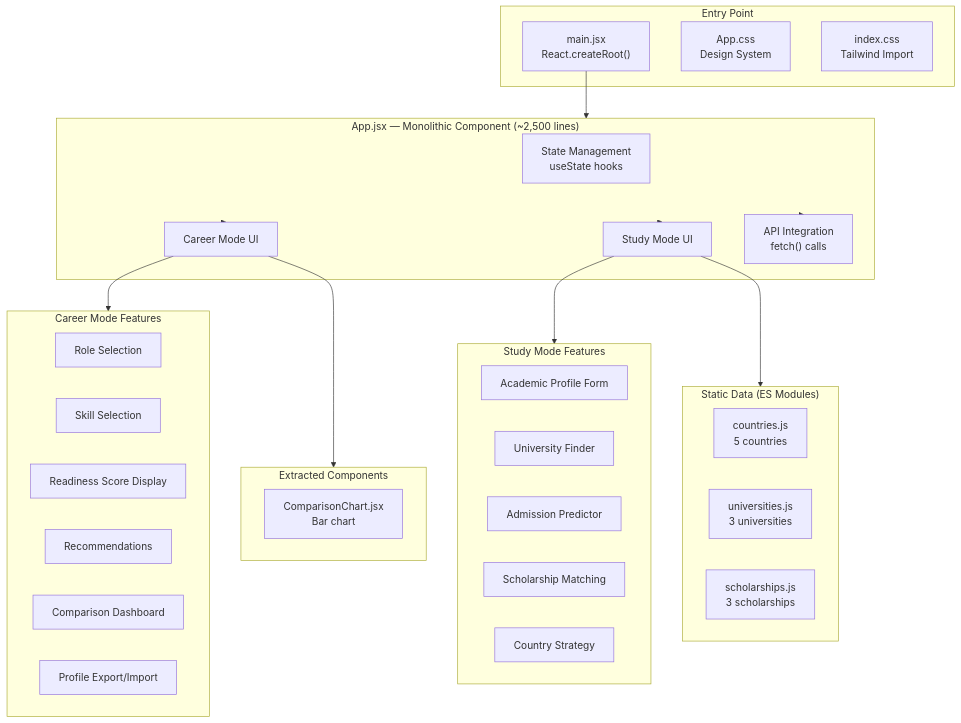
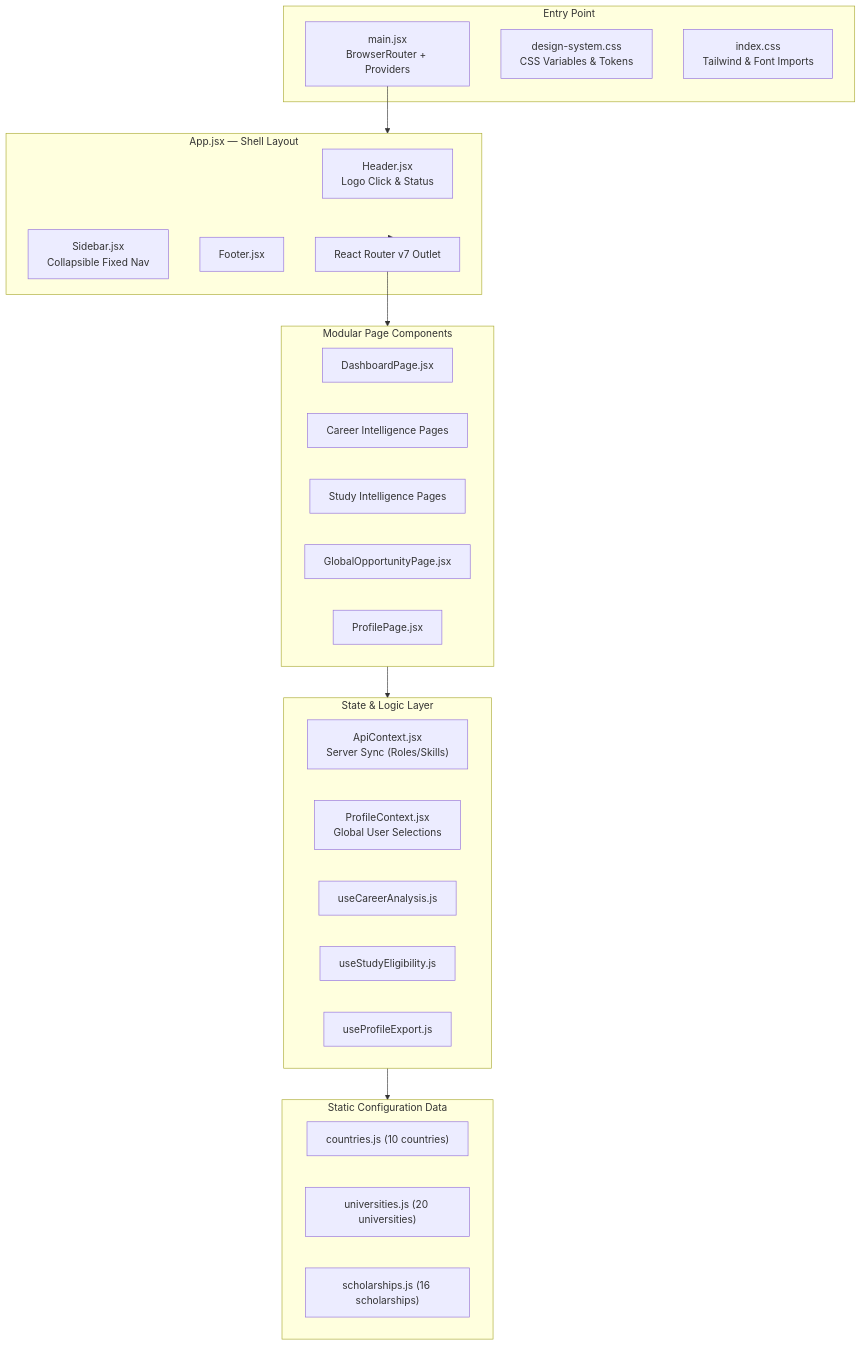
Before and after one commit to Shub-eteral/pathloom: the third of 10 diagrams in docs/SYSTEM_DESIGN.md, drawn with Mermaid. The commit also changed other lines of this file and 3 other files, not shown here.

Commit message:
Update documentation with modular routing architecture and Phase 2 completion metrics

````diff
--- a/docs/SYSTEM_DESIGN.md
+++ b/docs/SYSTEM_DESIGN.md
@@ -128,51 +128,43 @@
 ```mermaid
 graph TB
     subgraph Entry["Entry Point"]
-        Main["main.jsx<br/>React.createRoot()"]
-        AppCSS["App.css<br/>Design System"]
-        IndexCSS["index.css<br/>Tailwind Import"]
+        Main["main.jsx<br/>BrowserRouter + Providers"]
+        DesignCSS["design-system.css<br/>CSS Variables & Tokens"]
+        IndexCSS["index.css<br/>Tailwind & Font Imports"]
     end
 
-    subgraph App["App.jsx — Monolithic Component (~2,500 lines)"]
-        State["State Management<br/>useState hooks"]
-        Career["Career Mode UI"]
-        Study["Study Mode UI"]
-        API["API Integration<br/>fetch() calls"]
+    subgraph CoreShell["App.jsx — Shell Layout"]
+        Header["Header.jsx<br/>Logo Click & Status"]
+        Sidebar["Sidebar.jsx<br/>Collapsible Fixed Nav"]
+        Footer["Footer.jsx"]
+        Routes["React Router v7 Outlet"]
     end
 
-    subgraph CareerUI["Career Mode Features"]
-        RoleSelect["Role Selection"]
-        SkillSelect["Skill Selection"]
-        ReadinessView["Readiness Score Display"]
-        RecommendView["Recommendations"]
-        CompareView["Comparison Dashboard"]
-        ProfileExport["Profile Export/Import"]
+    subgraph StateManagement["State & Logic Layer"]
+        ApiCtx["ApiContext.jsx<br/>Server Sync (Roles/Skills)"]
+        ProfCtx["ProfileContext.jsx<br/>Global User Selections"]
+        useCareer["useCareerAnalysis.js"]
+        useStudy["useStudyEligibility.js"]
+        useExport["useProfileExport.js"]
     end
 
-    subgraph StudyUI["Study Mode Features"]
-        AcademicProfile["Academic Profile Form"]
-        UniFinder["University Finder"]
-        AdmissionPred["Admission Predictor"]
-        ScholarMatch["Scholarship Matching"]
-        CountryStrat["Country Strategy"]
+    subgraph Pages["Modular Page Components"]
+        Dashboard["DashboardPage.jsx"]
+        CareerGroup["Career Intelligence Pages"]
+        StudyGroup["Study Intelligence Pages"]
+        GlobalPage["GlobalOpportunityPage.jsx"]
+        ProfilePage["ProfilePage.jsx"]
     end
 
-    subgraph StaticData["Static Data (ES Modules)"]
-        Countries["countries.js<br/>5 countries"]
-        Unis["universities.js<br/>3 universities"]
-        Scholarships["scholarships.js<br/>3 scholarships"]
+    subgraph StaticData["Static Configuration Data"]
+        Countries["countries.js (10 countries)"]
+        Unis["universities.js (20 universities)"]
+        Scholarships["scholarships.js (16 scholarships)"]
     end
 
-    subgraph Components["Extracted Components"]
-        Chart["ComparisonChart.jsx<br/>Bar chart"]
-    end
-
-    Main --> App
-    App --> Career
-    App --> Study
-    Career --> CareerUI
-    Study --> StudyUI
-    Study --> StaticData
-    Career --> Components
-    App --> API
+    Main --> CoreShell
+    CoreShell --> Routes
+    Routes --> Pages
+    Pages --> StateManagement
+    StateManagement --> StaticData
 ```
````
